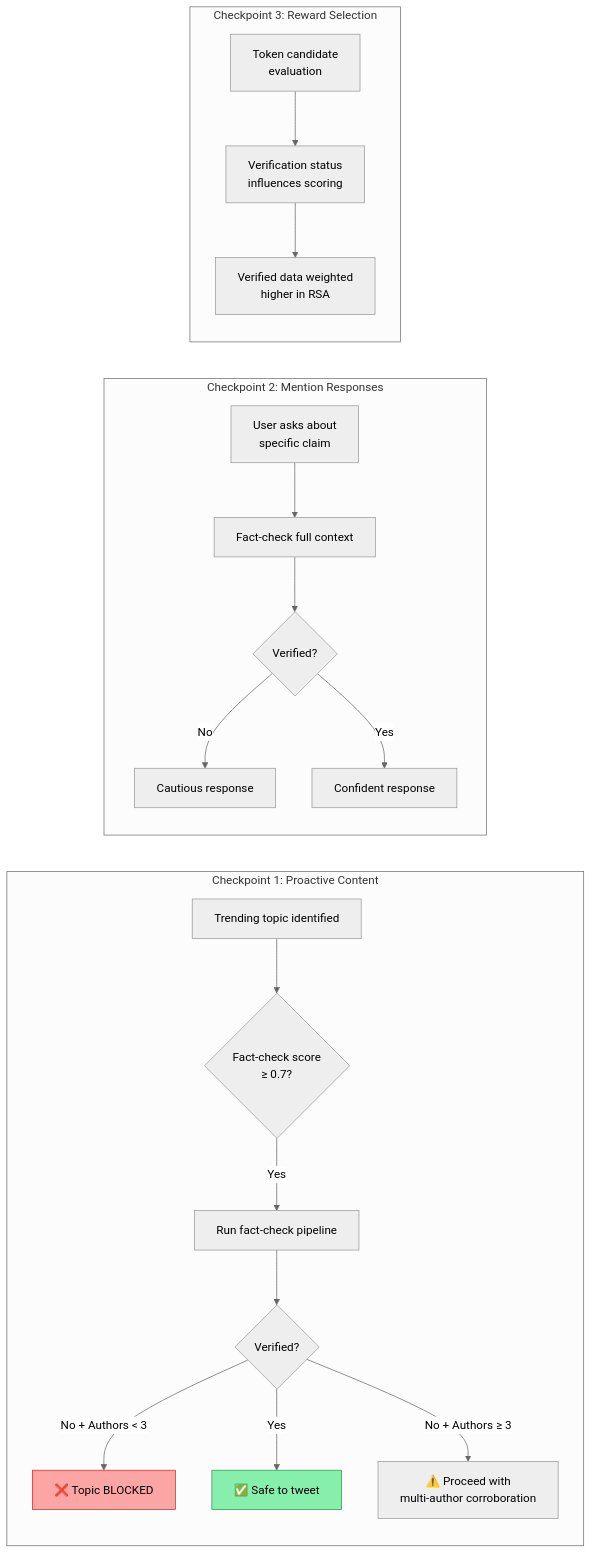
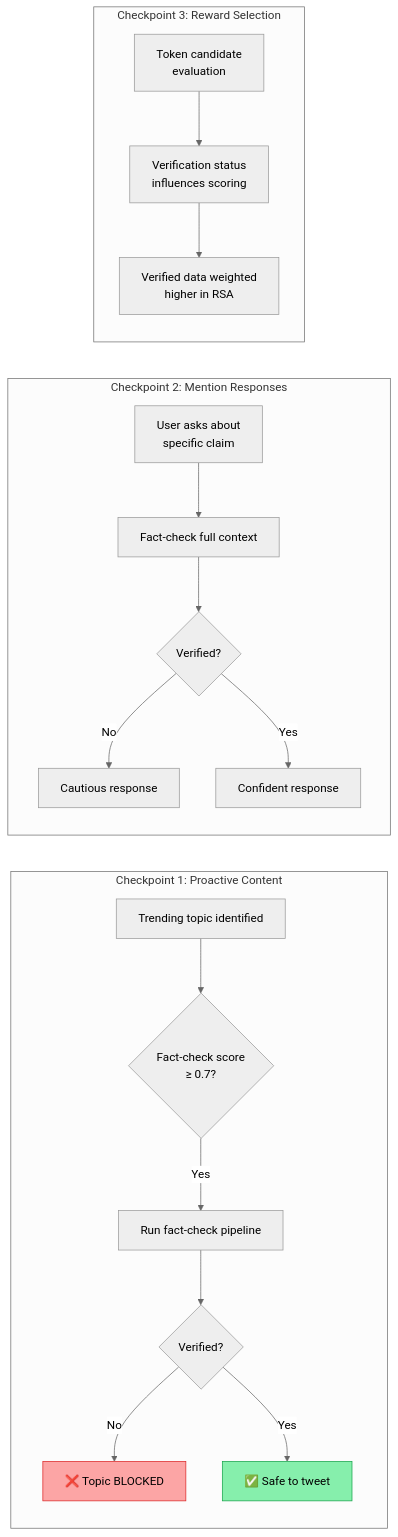
Before and after one commit to Miko-Protocol/docs: the third of 6 diagrams in docs/technical-architecture/ai-architecture.md, drawn with Mermaid (neutral theme). The commit also changed 1 other file, not shown here.

````diff
--- a/docs/technical-architecture/ai-architecture.md
+++ b/docs/technical-architecture/ai-architecture.md
@@ -151,26 +151,25 @@
 ```mermaid
 graph LR
     subgraph "Checkpoint 1: Proactive Content"
         A["Trending topic identified"] --> B{"Fact-check score<br/>≥ 0.7?"}
         B -->|"Yes"| C["Run fact-check pipeline"]
         C --> D{"Verified?"}
-        D -->|"No + Authors < 3"| E["❌ Topic BLOCKED"]
+        D -->|"No"| E["❌ Topic BLOCKED"]
         D -->|"Yes"| F["✅ Safe to tweet"]
-        D -->|"No + Authors ≥ 3"| G["⚠️ Proceed with<br/>multi-author corroboration"]
     end
 
     subgraph "Checkpoint 2: Mention Responses"
         H["User asks about<br/>specific claim"] --> I["Fact-check full context"]
         I --> J{"Verified?"}
         J -->|"No"| K["Cautious response"]
         J -->|"Yes"| L["Confident response"]
     end
 
     subgraph "Checkpoint 3: Reward Selection"
         M["Token candidate<br/>evaluation"] --> N["Verification status<br/>influences scoring"]
         N --> O["Verified data weighted<br/>higher in RSA"]
     end
 
     style E fill:#fca5a5,stroke:#dc2626
     style F fill:#86efac,stroke:#16a34a
 ```
````
